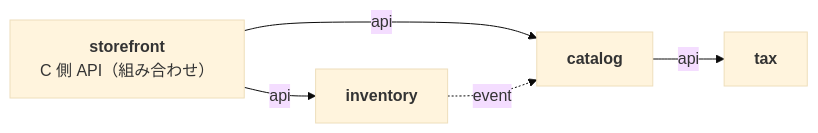
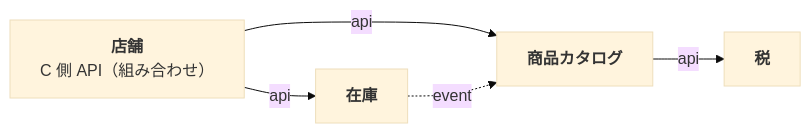
The diagram in docs/specs/001-catalog-and-inventory/plan.md (roger88106/ec-site), drawn with Mermaid (base theme) before and after one commit. The commit also changed other lines of this file and 7 other files, not shown here.

````diff
--- a/docs/specs/001-catalog-and-inventory/plan.md
+++ b/docs/specs/001-catalog-and-inventory/plan.md
@@ -16,12 +18,12 @@
 ```mermaid
 flowchart LR
-    storefront["<b>storefront</b><br/>C 側 API（組み合わせ）"]
-    catalog["<b>catalog</b>"]
-    inventory["<b>inventory</b>"]
-    tax["<b>tax</b>"]
+    storefront["<b>店舗</b><br/>C 側 API（組み合わせ）"]
+    catalog["<b>商品カタログ</b>"]
+    inventory["<b>在庫</b>"]
+    tax["<b>税</b>"]
 
     storefront -- "api" --> catalog
     storefront -- "api" --> inventory
     catalog -- "api" --> tax
     inventory -. "event" .-> catalog
 ```
````
